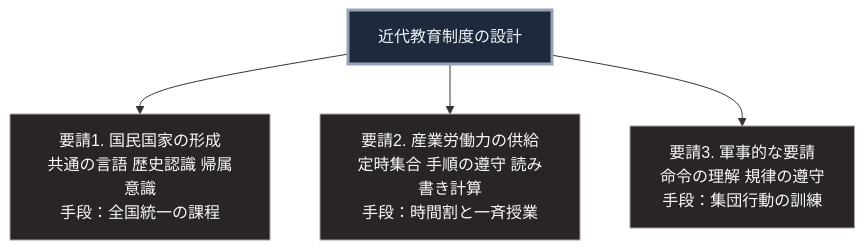
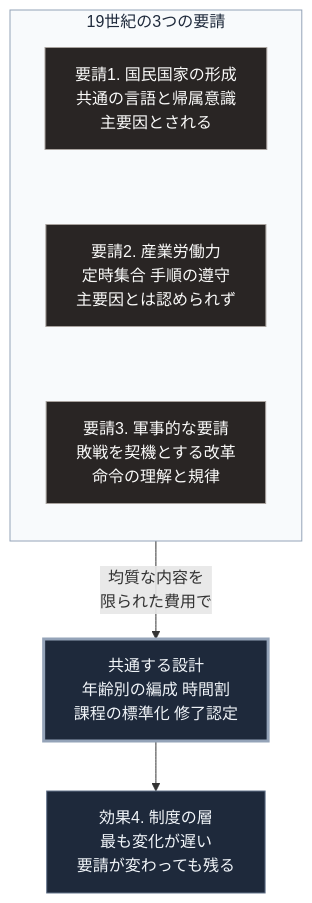
Before and after one commit to Takenori-Kusaka/zenn-content: the diagram in books/sovereign-resilience-blueprint/13_modern-education-standardization.md, drawn with Mermaid. The commit also changed other lines of this file and 114 other files, not shown here.

````diff
--- a/books/sovereign-resilience-blueprint/13_modern-education-standardization.md
+++ b/books/sovereign-resilience-blueprint/13_modern-education-standardization.md
@@ -61,13 +61,17 @@
 ```mermaid
 flowchart TD
-    S[近代教育制度の設計]
+    subgraph G[19世紀の3つの要請]
+        direction TB
+        R1[要請1. 国民国家の形成<br>共通の言語と帰属意識<br>主要因とされる] ~~~ R2[要請2. 産業労働力<br>定時集合 手順の遵守<br>主要因とは認められず]
+        R2 ~~~ R3[要請3. 軍事的な要請<br>敗戦を契機とする改革<br>命令の理解と規律]
+    end
+    G -->|均質な内容を<br>限られた費用で| S[共通する設計<br>年齢別の編成 時間割<br>課程の標準化 修了認定]
+    S --> E[効果4. 制度の層<br>最も変化が遅い<br>要請が変わっても残る]
 
-    S --> R1[要請1. 国民国家の形成<br>共通の言語 歴史認識 帰属意識<br>手段：全国統一の課程]
-    S --> R2[要請2. 産業労働力の供給<br>定時集合 手順の遵守 読み書き計算<br>手段：時間割と一斉授業]
-    S --> R3[要請3. 軍事的な要請<br>命令の理解 規律の遵守<br>手段：集団行動の訓練]
-
-    style S fill:#1e293b,stroke:#94a3b8,stroke-width:3px,color:#f1f5f9
+    style G fill:#f8fafc,stroke:#94a3b8,color:#1e293b
     style R1 fill:#292524,stroke:#a8a29e,color:#fafaf9
     style R2 fill:#292524,stroke:#a8a29e,color:#fafaf9
     style R3 fill:#292524,stroke:#a8a29e,color:#fafaf9
+    style S fill:#1e293b,stroke:#94a3b8,stroke-width:3px,color:#f1f5f9
+    style E fill:#1e293b,stroke:#64748b,color:#f1f5f9
 ```
````
